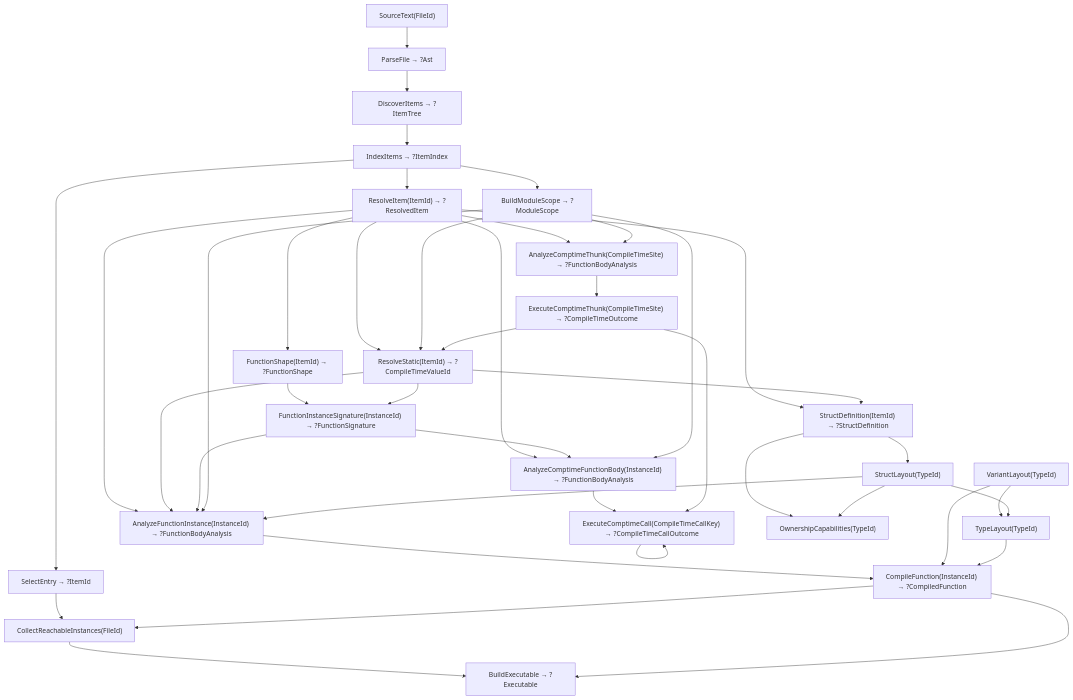
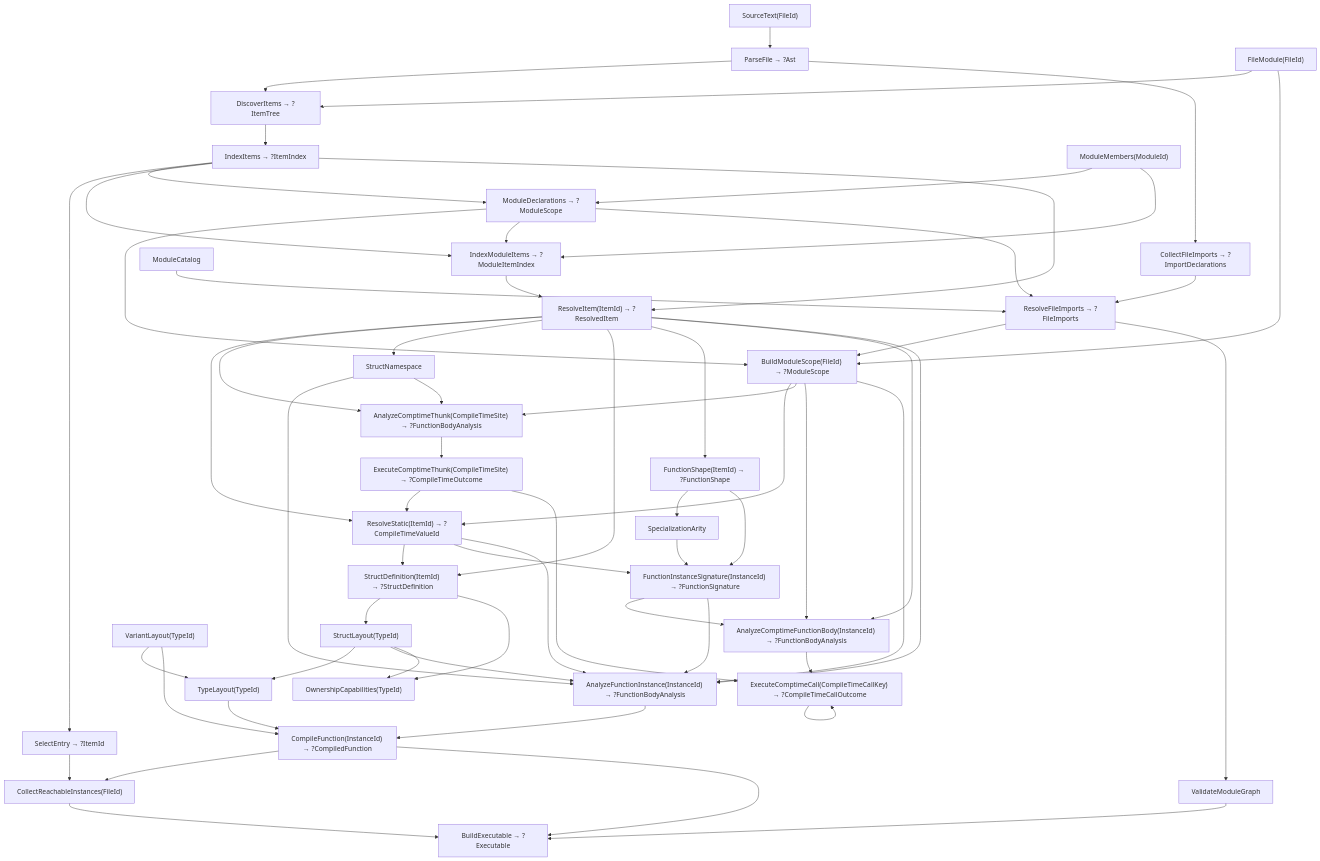
Before and after one commit to Pippepot/chimera-lang: the diagram in PROGRAM_FLOW.md, drawn with Mermaid. The commit also changed other lines of this file and 17 other files, not shown here.

````diff
--- a/PROGRAM_FLOW.md
+++ b/PROGRAM_FLOW.md
@@ -9,43 +9,63 @@
 ```mermaid
 flowchart TD
     ST["SourceText(FileId)"] --> PF["ParseFile → ?Ast"]
     PF --> DI["DiscoverItems → ?ItemTree"]
     DI --> IX["IndexItems → ?ItemIndex"]
     IX --> SE["SelectEntry → ?ItemId"]
-    IX --> MS["BuildModuleScope → ?ModuleScope"]
-    IX --> RI["ResolveItem(ItemId) → ?ResolvedItem"]
+    FM["FileModule(FileId)"] --> DI
+    MM["ModuleMembers(ModuleId)"] --> MD["ModuleDeclarations → ?ModuleScope"]
+    IX --> MD
+    MD --> MS["BuildModuleScope(FileId) → ?ModuleScope"]
+    FM --> MS
+    MD --> MI["IndexModuleItems → ?ModuleItemIndex"]
+    MM --> MI
+    IX --> MI
+    MI --> RI["ResolveItem(ItemId) → ?ResolvedItem"]
+    IX --> RI
+    PF --> CI["CollectFileImports → ?ImportDeclarations"]
+    CI --> FI["ResolveFileImports → ?FileImports"]
+    MD --> FI
+    FI --> MS
+    FI --> MG["ValidateModuleGraph"]
+    MG --> BE
+    MC["ModuleCatalog"] --> FI
     RI --> RS["ResolveStatic(ItemId) → ?CompileTimeValueId"]
     MS --> RS
     RI --> AT["AnalyzeComptimeThunk(CompileTimeSite) → ?FunctionBodyAnalysis"]
     MS --> AT
     AT --> ET["ExecuteComptimeThunk(CompileTimeSite) → ?CompileTimeOutcome"]
     ET --> RS
+    RI --> NS["StructNamespace"]
+    NS --> AB
+    NS --> AT
     RI --> SD["StructDefinition(ItemId) → ?StructDefinition"]
     RS --> SD
     RI --> FH["FunctionShape(ItemId) → ?FunctionShape"]
+    FH --> SA["SpecializationArity"]
+    SA --> FS
     FH --> FS["FunctionInstanceSignature(InstanceId) → ?FunctionSignature"]
     RS --> FS
     RI --> AC["AnalyzeComptimeFunctionBody(InstanceId) → ?FunctionBodyAnalysis"]
     FS --> AC
     MS --> AC
     AC --> EC["ExecuteComptimeCall(CompileTimeCallKey) → ?CompileTimeCallOutcome"]
     ET --> EC
     EC --> EC
     RI --> AB["AnalyzeFunctionInstance(InstanceId) → ?FunctionBodyAnalysis"]
     RS --> AB
     FS --> AB
     MS --> AB
     AB --> CF["CompileFunction(InstanceId) → ?CompiledFunction"]
     VL["VariantLayout(TypeId)"] --> TL["TypeLayout(TypeId)"]
     SD --> SL["StructLayout(TypeId)"]
     SL --> TL
     SL --> AB
     SD --> OC["OwnershipCapabilities(TypeId)"]
     SL --> OC
     VL --> CF
     TL --> CF
     SE --> CR["CollectReachableInstances(FileId)"]
     CF --> CR
     CR --> BE["BuildExecutable → ?Executable"]
     CF --> BE
 ```
````
